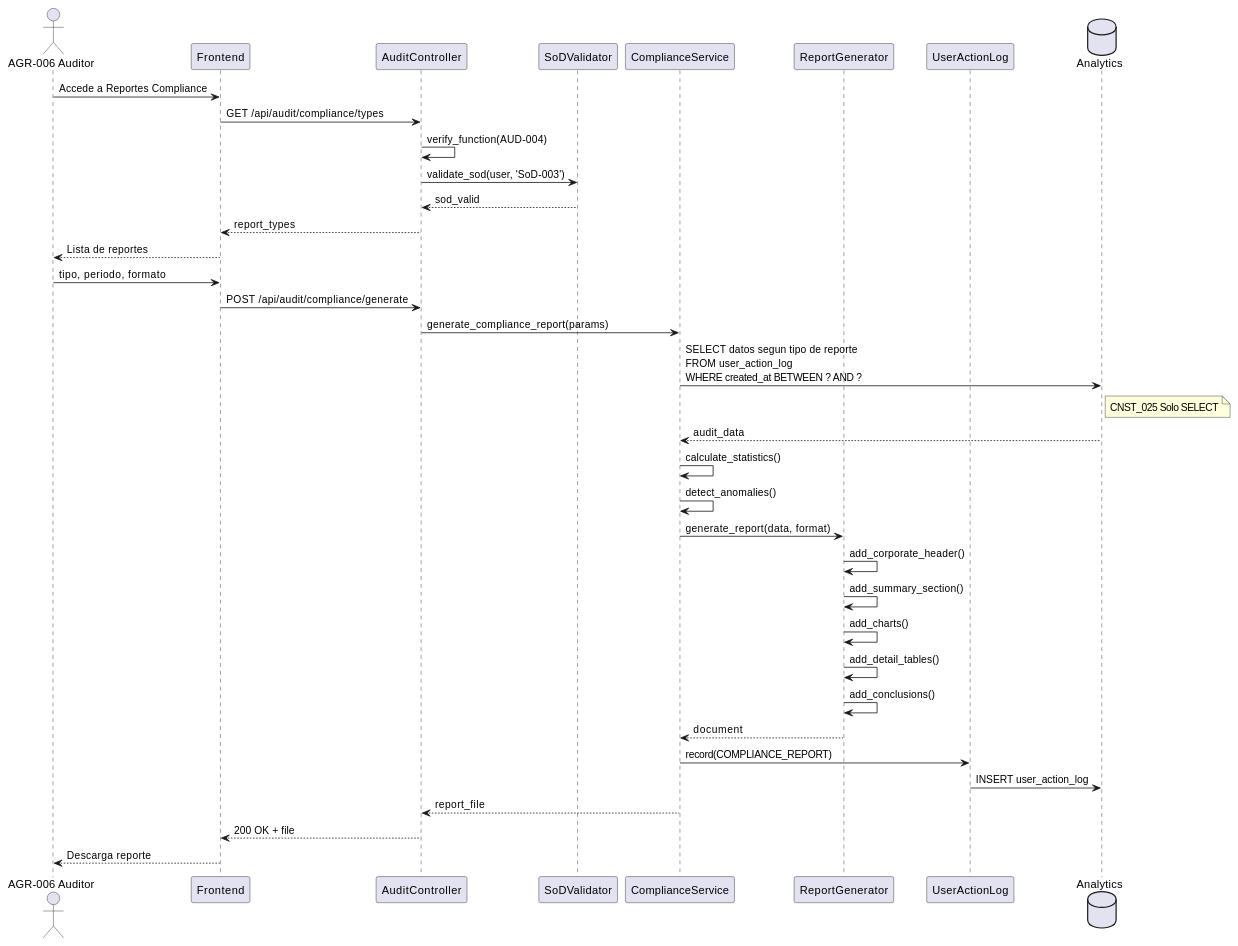
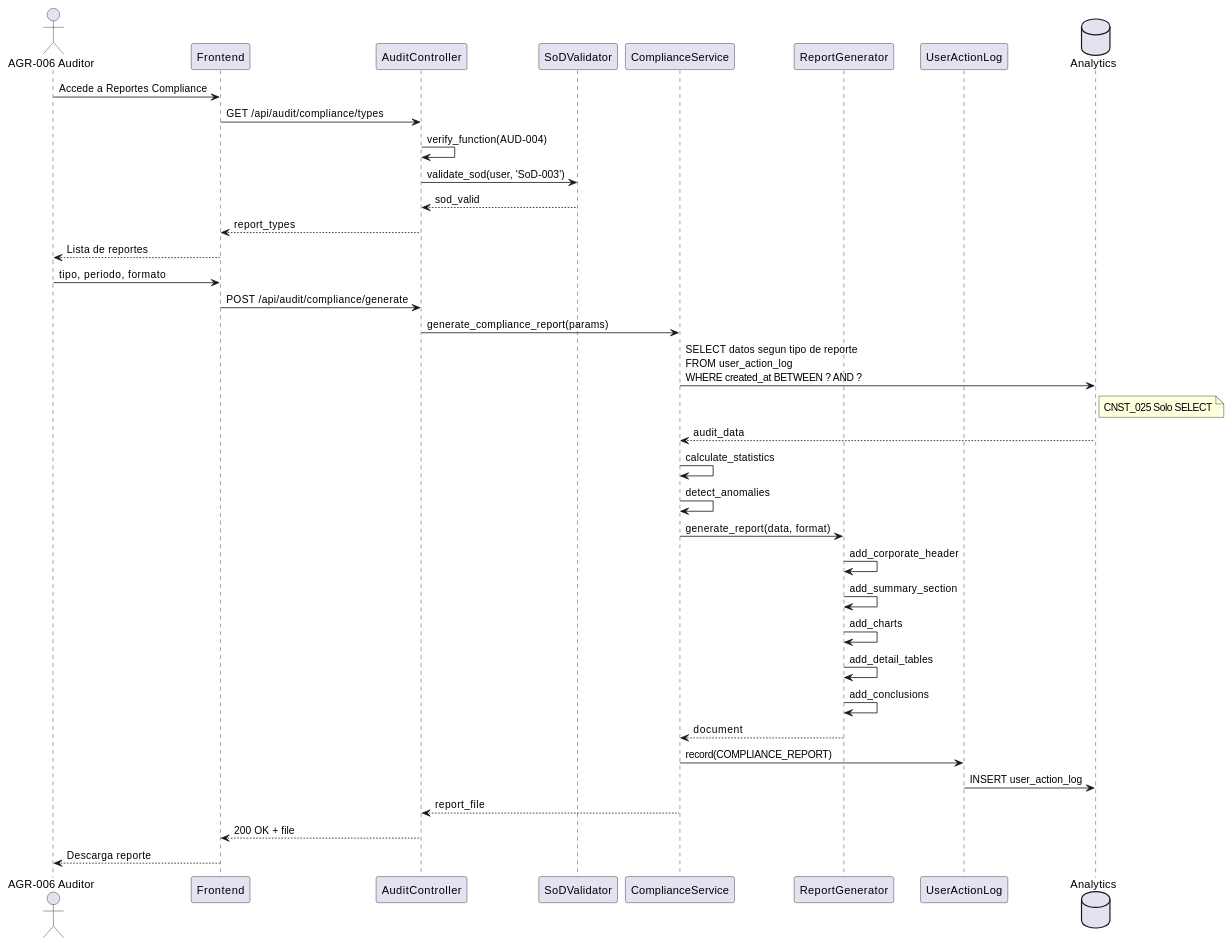
Before and after one commit to jcg-admin/IACT-docs: the second of 3 diagrams in source/requisitos/casos_uso/audit/UC_AUD_04_Generar_Reporte_Compliance.rst, drawn with PlantUML. The commit also changed other lines of this file and 376 other files, not shown here.

```diff
--- a/source/requisitos/casos_uso/audit/UC_AUD_04_Generar_Reporte_Compliance.rst
+++ b/source/requisitos/casos_uso/audit/UC_AUD_04_Generar_Reporte_Compliance.rst
@@ -175,48 +175,48 @@
 .. uml::
-   :caption: Diagrama de Secuencia - UC_AUD_04
+ :caption: Diagrama de Secuencia - UC_AUD_04
 
-   @startuml
-   actor "AGR-006 Auditor" as A
-   participant "Frontend" as FE
-   participant "AuditController" as AC
-   participant "SoDValidator" as SOD
-   participant "ComplianceService" as CS
-   participant "ReportGenerator" as RG
-   participant "UserActionLog" as UAL
-   database "Analytics" as DB
+ @startuml
+ actor "AGR-006 Auditor" as A
+ participant "Frontend" as FE
+ participant "AuditController" as AC
+ participant "SoDValidator" as SOD
+ participant "ComplianceService" as CS
+ participant "ReportGenerator" as RG
+ participant "UserActionLog" as UAL
+ database "Analytics" as DB
 
-   A -> FE: Accede a Reportes Compliance
-   FE -> AC: GET /api/audit/compliance/types
-   AC -> AC: verify_function(AUD-004)
-   AC -> SOD: validate_sod(user, 'SoD-003')
-   SOD --> AC: sod_valid
-   AC --> FE: report_types
-   FE --> A: Lista de reportes
+ A -> FE: Accede a Reportes Compliance
+ FE -> AC: GET /api/audit/compliance/types
+ AC -> AC: verify_function(AUD-004)
+ AC -> SOD: validate_sod(user, 'SoD-003')
+ SOD --> AC: sod_valid
+ AC --> FE: report_types
+ FE --> A: Lista de reportes
 
-   A -> FE: tipo, periodo, formato
-   FE -> AC: POST /api/audit/compliance/generate
+ A -> FE: tipo, periodo, formato
+ FE -> AC: POST /api/audit/compliance/generate
 
-   AC -> CS: generate_compliance_report(params)
+ AC -> CS: generate_compliance_report(params)
 
-   CS -> DB: SELECT datos segun tipo de reporte\nFROM user_action_log\nWHERE created_at BETWEEN ? AND ?
-   note right of DB: CNST_025 Solo SELECT
-   DB --> CS: audit_data
+ CS -> DB: SELECT datos segun tipo de reporte\nFROM user_action_log\nWHERE created_at BETWEEN ? AND ?
+ note right of DB: CNST_025 Solo SELECT
+ DB --> CS: audit_data
 
-   CS -> CS: calculate_statistics()
-   CS -> CS: detect_anomalies()
+ CS -> CS: calculate_statistics
+ CS -> CS: detect_anomalies
 
-   CS -> RG: generate_report(data, format)
-   RG -> RG: add_corporate_header()
-   RG -> RG: add_summary_section()
-   RG -> RG: add_charts()
-   RG -> RG: add_detail_tables()
-   RG -> RG: add_conclusions()
-   RG --> CS: document
+ CS -> RG: generate_report(data, format)
+ RG -> RG: add_corporate_header
+ RG -> RG: add_summary_section
+ RG -> RG: add_charts
+ RG -> RG: add_detail_tables
+ RG -> RG: add_conclusions
+ RG --> CS: document
 
-   CS -> UAL: record(COMPLIANCE_REPORT)
-   UAL -> DB: INSERT user_action_log
+ CS -> UAL: record(COMPLIANCE_REPORT)
+ UAL -> DB: INSERT user_action_log
 
-   CS --> AC: report_file
-   AC --> FE: 200 OK + file
-   FE --> A: Descarga reporte
-   @enduml
+ CS --> AC: report_file
+ AC --> FE: 200 OK + file
+ FE --> A: Descarga reporte
+ @enduml
```
